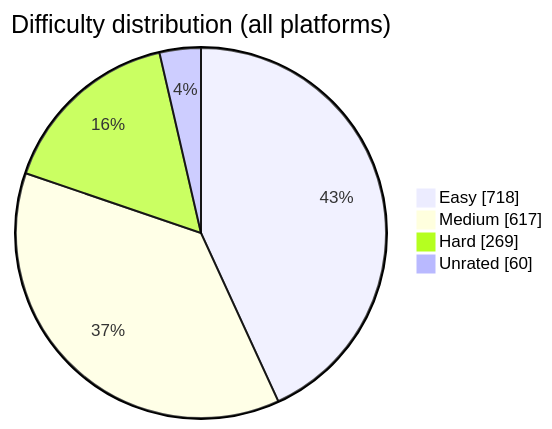
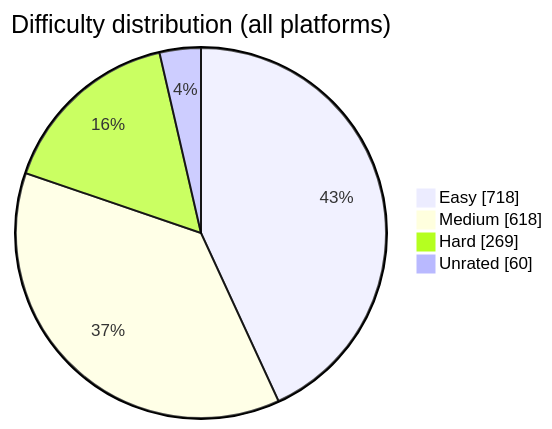
One commit to BuildbyArindam/Daily-Coding-Log changed the diagram in README.md. Above: the diagram before and after it, drawn with Mermaid. The commit also changed other lines of this file, not shown here.

````diff
--- a/README.md
+++ b/README.md
@@ -93,7 +93,7 @@
 ```mermaid
 pie showData title Difficulty distribution (all platforms)
     "Easy" : 718
-    "Medium" : 617
+    "Medium" : 618
     "Hard" : 269
     "Unrated" : 60
 ```
````
